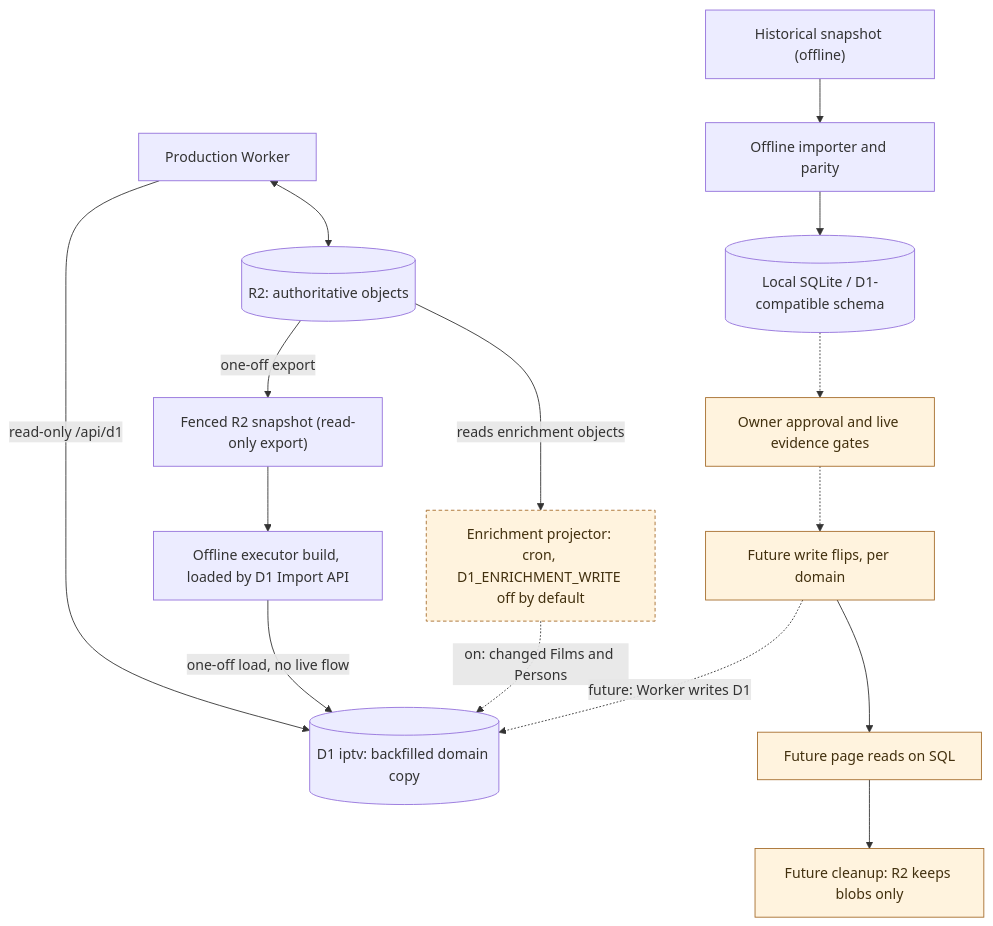
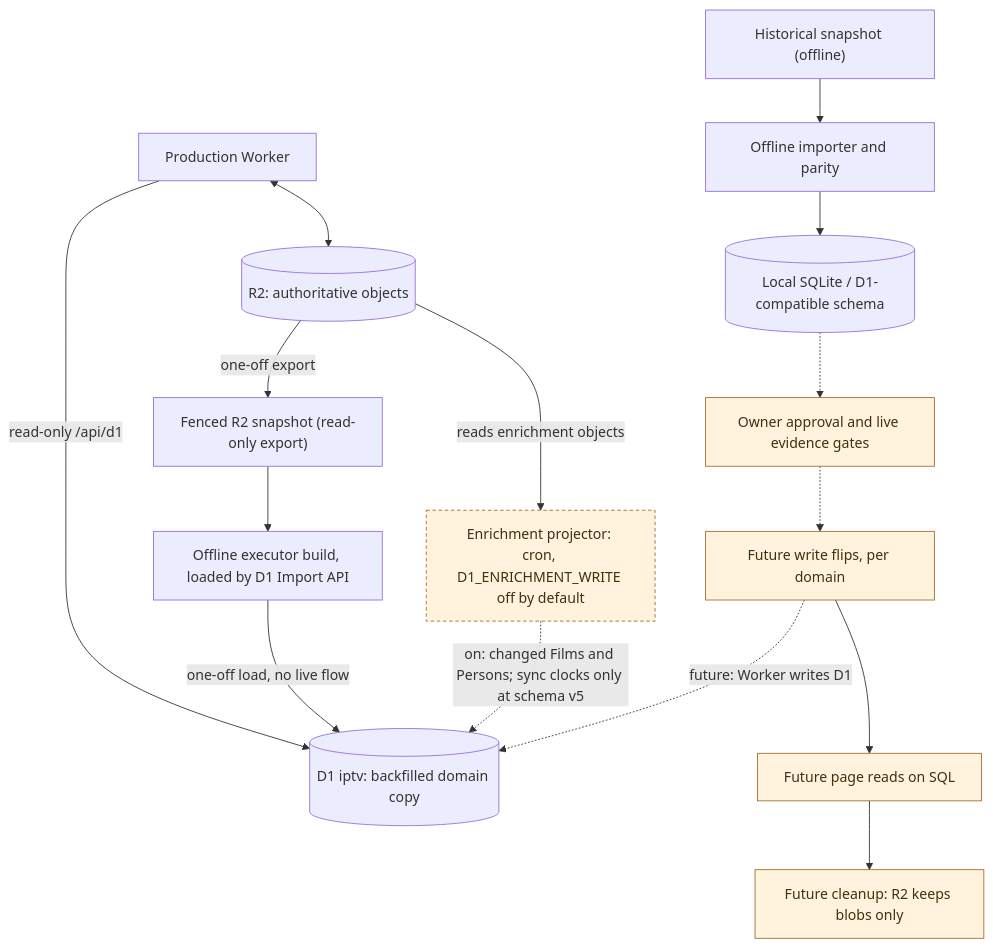
One commit to vladimino/iptv-watchlist changed the diagram in docs/architecture/persistence-and-migration.md. Above: the diagram before and after it, drawn with Mermaid. The commit also changed other lines of this file and 17 other files, not shown here.

First line of the commit message:
Project metadataSync freshness clocks into D1 at schema v5.

````diff
--- a/docs/architecture/persistence-and-migration.md
+++ b/docs/architecture/persistence-and-migration.md
@@ -5,28 +5,28 @@
 ```mermaid
 flowchart TD
     worker["Production Worker"]
     r2[("R2: authoritative objects")]
     archive["Historical snapshot (offline)"]
     importer["Offline importer and parity"]
     local[("Local SQLite / D1-compatible schema")]
     gate["Owner approval and live evidence gates"]
     snapshot["Fenced R2 snapshot (read-only export)"]
     reload["Offline executor build, loaded by D1 Import API"]
     d1[("D1 iptv: backfilled domain copy")]
     projector["Enrichment projector: cron, D1_ENRICHMENT_WRITE off by default"]
     flipWrite["Future write flips, per domain"]
     flipRead["Future page reads on SQL"]
     retire["Future cleanup: R2 keeps blobs only"]
     worker <--> r2
     worker -->|read-only /api/d1| d1
     archive --> importer --> local
     local -.-> gate
     r2 -->|one-off export| snapshot --> reload -->|one-off load, no live flow| d1
-    r2 -->|reads enrichment objects| projector -.->|on: changed Films and Persons| d1
+    r2 -->|reads enrichment objects| projector -.->|on: changed Films and Persons; sync clocks only at schema v5| d1
     gate -.-> flipWrite -.->|future: Worker writes D1| d1
     flipWrite --> flipRead --> retire
     classDef future fill:#fff3de,stroke:#a56c2b,color:#42300e
     classDef gated fill:#fff3de,stroke:#a56c2b,color:#42300e,stroke-dasharray:4 3
     class gate,flipWrite,flipRead,retire future
     class projector gated
 ```
````
